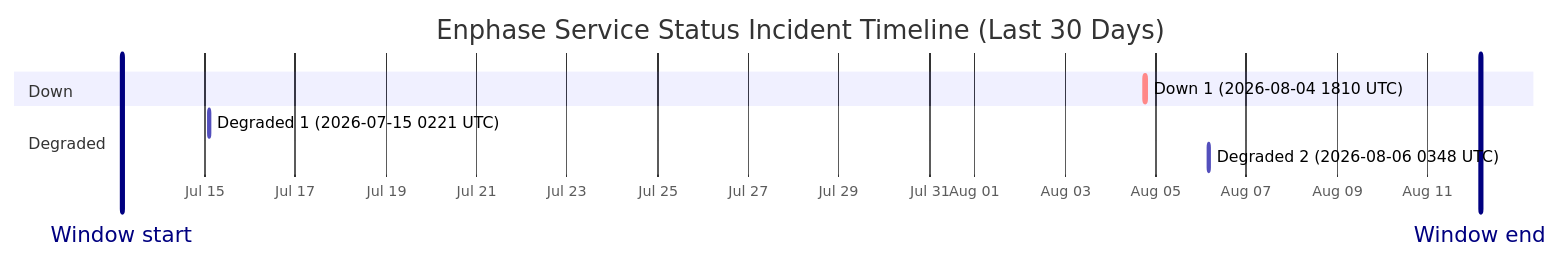
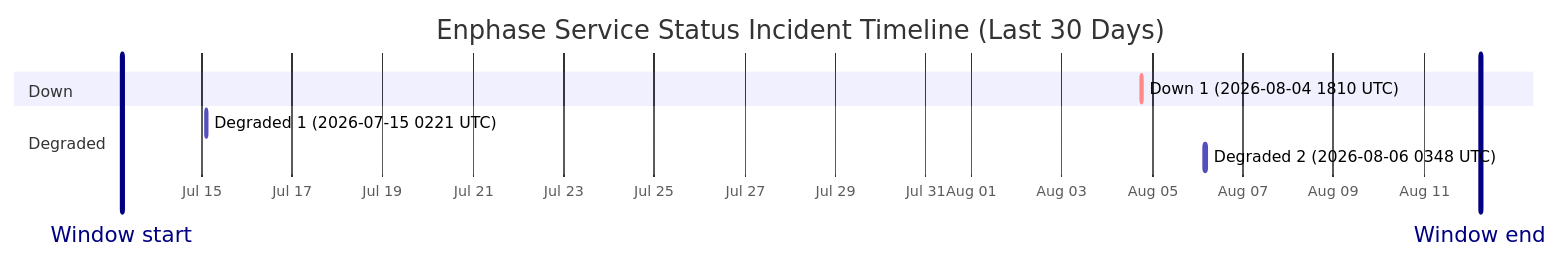
The diagram in wiki/Service-Status-History.md (barneyonline/ha-enphase-energy), drawn with Mermaid before and after one commit. The commit also changed other lines of this file and 3 other files, not shown here.

````diff
--- a/wiki/Service-Status-History.md
+++ b/wiki/Service-Status-History.md
@@ -14,13 +14,13 @@
 ```mermaid
 gantt
     title Enphase Service Status Incident Timeline (Last 30 Days)
     dateFormat  YYYY-MM-DDTHH:mm:ss
     axisFormat  %b %d
-    Window start :vert, window-start, 2026-07-13T04:05:47, 0ms
-    Window end :vert, window-end, 2026-08-12T04:05:47, 0ms
+    Window start :vert, window-start, 2026-07-13T05:54:01, 0ms
+    Window end :vert, window-end, 2026-08-12T05:54:01, 0ms
     section Down
     Down 1 (2026-08-04 1810 UTC) :crit, down-1, 2026-08-04T18:10:46, 60m
     section Degraded
     Degraded 1 (2026-07-15 0221 UTC) :active, degraded-1, 2026-07-15T02:21:35, 60m
     Degraded 2 (2026-08-06 0348 UTC) :active, degraded-2, 2026-08-06T03:48:14, 60m
 ```
````
